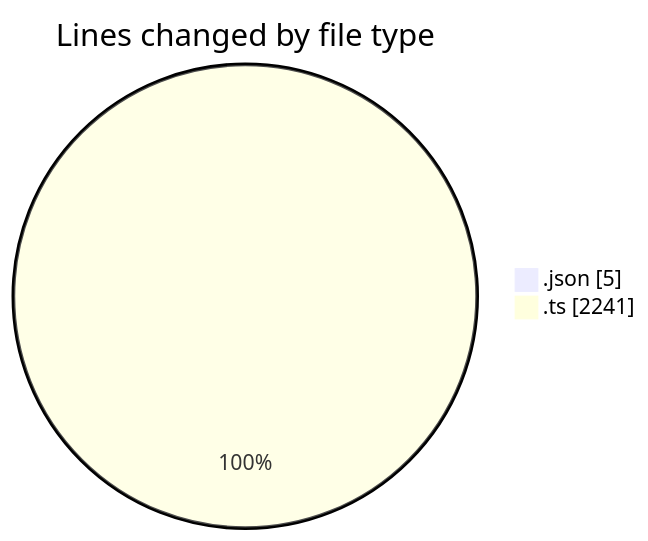
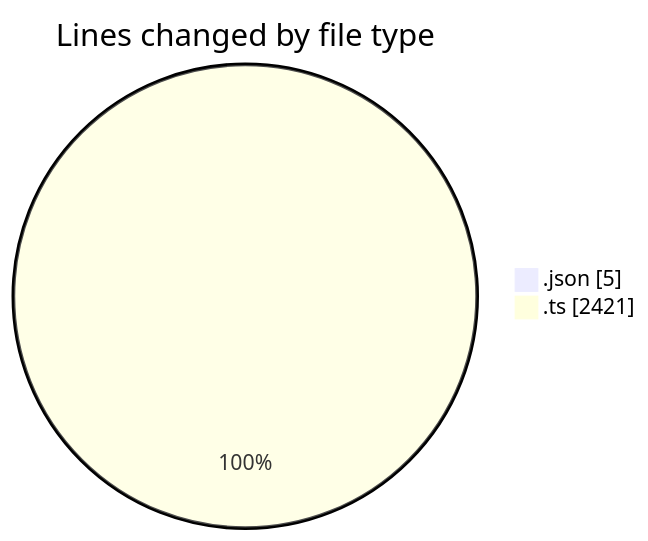
Before and after one commit to CELIANVF/code-tracking: the first of 2 diagrams in 2025-05-09/ecodeli/README.md, drawn with Mermaid. The commit also changed other lines of this file and 1 other file, not shown here.

````diff
--- a/2025-05-09/ecodeli/README.md
+++ b/2025-05-09/ecodeli/README.md
@@ -21,6 +22,6 @@
 ```mermaid
 pie showData
 title Lines changed by file type
 ".json" : 5
-".ts" : 2241
+".ts" : 2421
 ```
````
